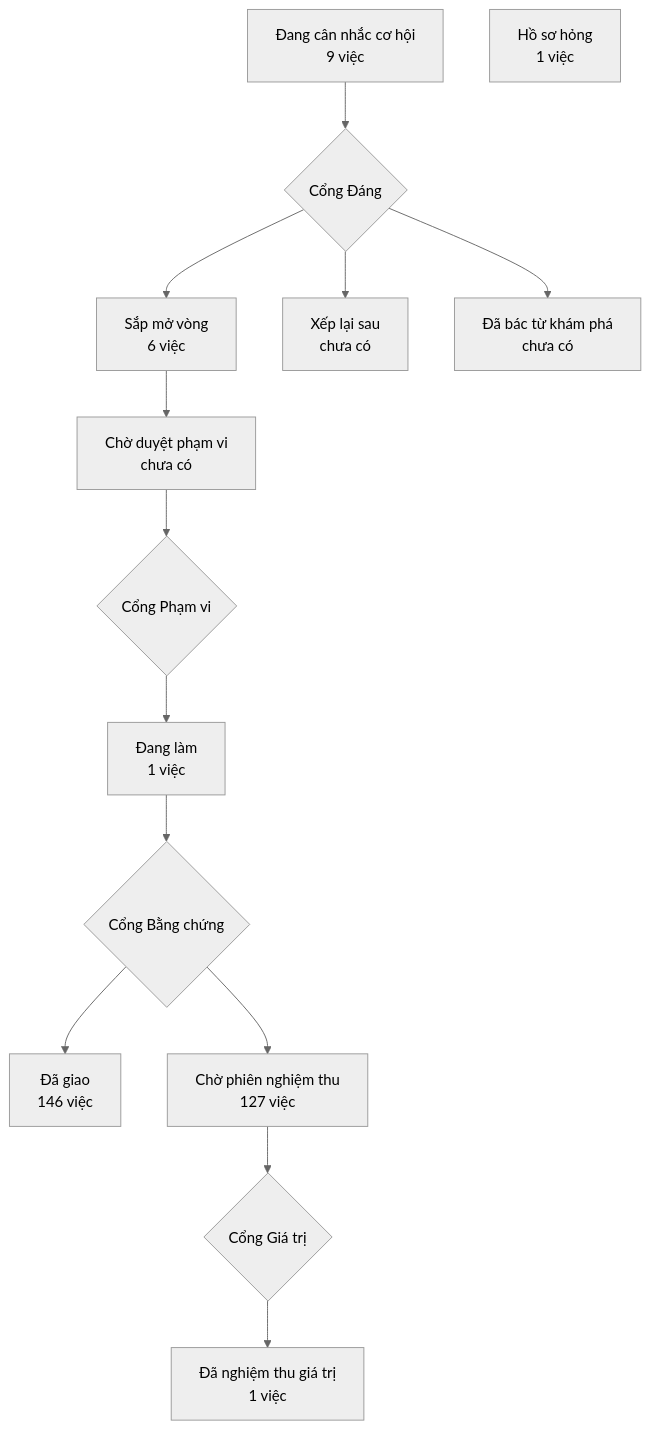
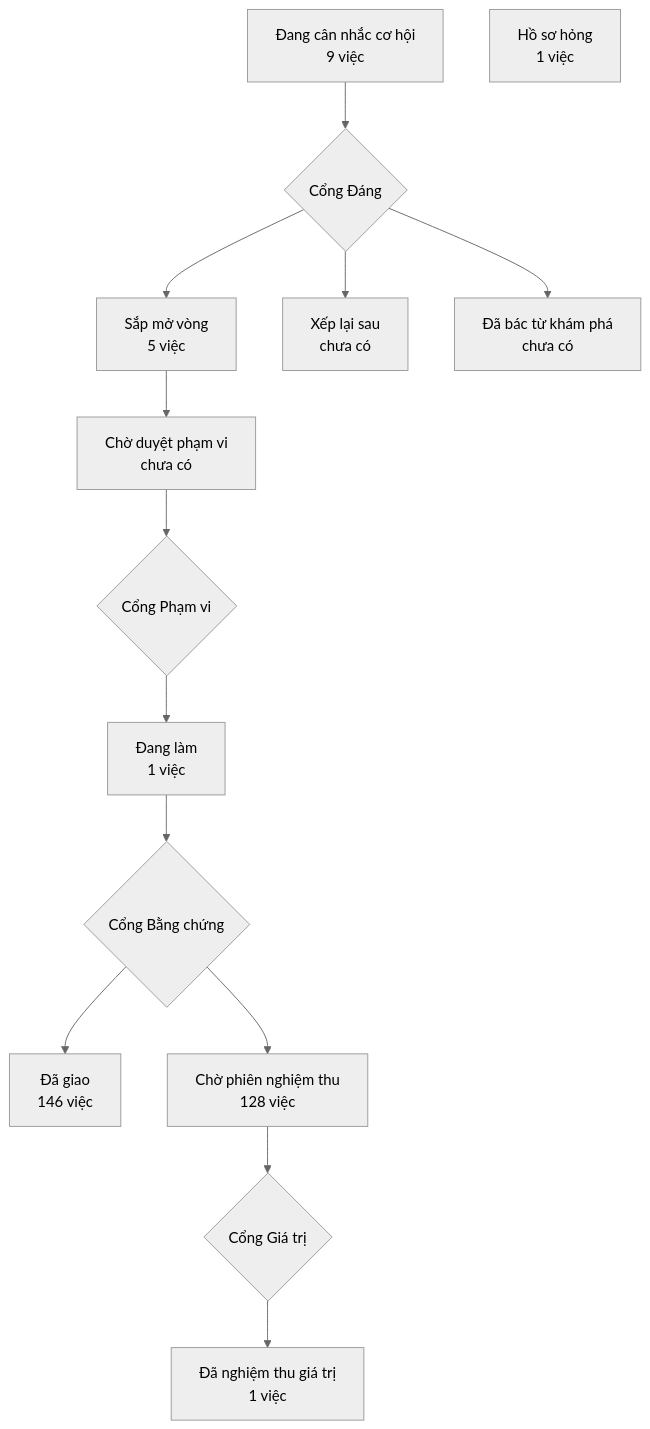
Before and after one commit to phanlemanh/crm-onehub: the diagram in PRODUCT-MAP.md, drawn with Mermaid (neutral theme). The commit also changed other lines of this file and 1 other file, not shown here.

Commit message:
chore(khong-re-theo-ten-thanh-luat-kho): vẽ lại bản đồ sau gộp onehub

````diff
--- a/PRODUCT-MAP.md
+++ b/PRODUCT-MAP.md
@@ -7,13 +7,13 @@
 ```mermaid
 flowchart TD
   A["Đang cân nhắc cơ hội<br/>9 việc"] --> GD{"Cổng Đáng"}
-  GD --> B["Sắp mở vòng<br/>6 việc"]
+  GD --> B["Sắp mở vòng<br/>5 việc"]
   GD --> XL["Xếp lại sau<br/>chưa có"]
   GD --> DB["Đã bác từ khám phá<br/>chưa có"]
   B --> CD["Chờ duyệt phạm vi<br/>chưa có"] --> GP{"Cổng Phạm vi"}
   GP --> DL["Đang làm<br/>1 việc"] --> GB{"Cổng Bằng chứng"}
   GB --> DG["Đã giao<br/>146 việc"]
-  GB --> CN["Chờ phiên nghiệm thu<br/>127 việc"] --> GG{"Cổng Giá trị"}
+  GB --> CN["Chờ phiên nghiệm thu<br/>128 việc"] --> GG{"Cổng Giá trị"}
   GG --> NT["Đã nghiệm thu giá trị<br/>1 việc"]
   HS["Hồ sơ hỏng<br/>1 việc"]
 ```
````
